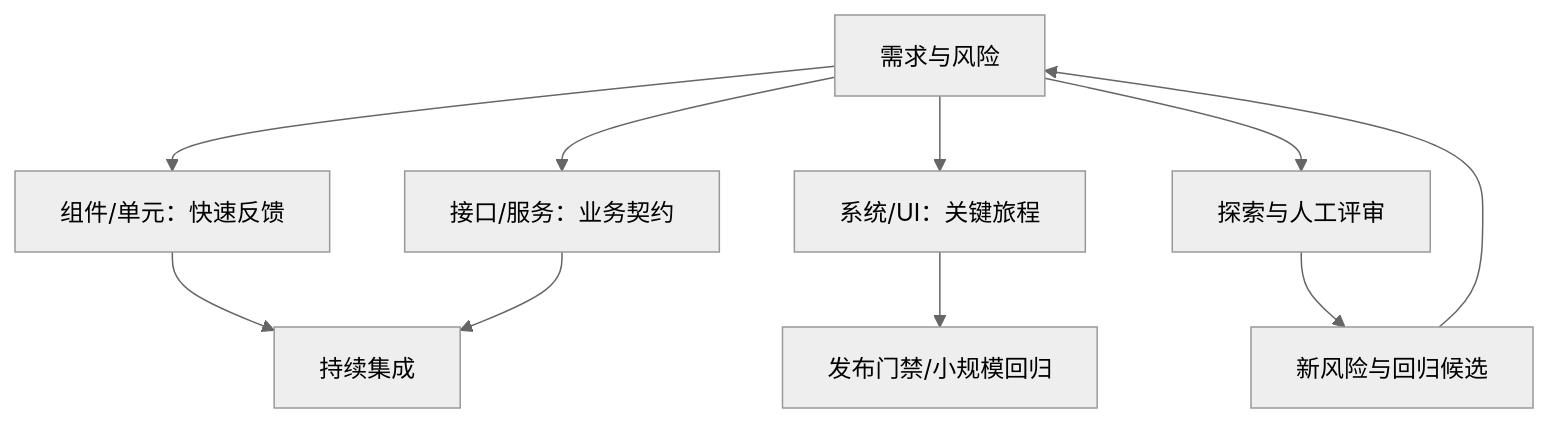
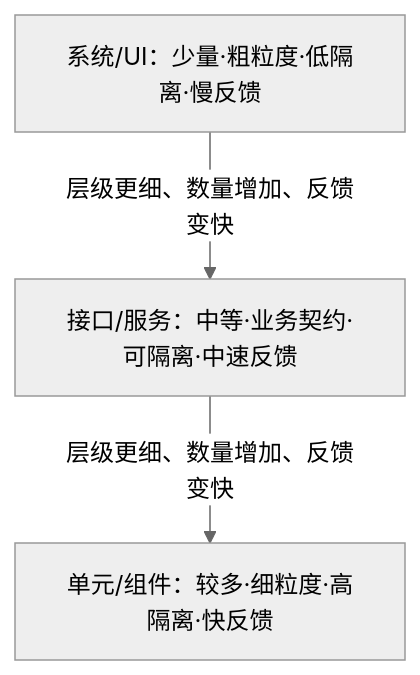
One commit to koco-co/hexo-blog changed the diagram in source/_posts/learn-topic/testing-basics/测试基础(十六)自动化测试策略.md. Above: the diagram before and after it, drawn with Mermaid (neutral theme). The commit also changed other lines of this file and 100 other files, not shown here.

```diff
--- a/source/_posts/learn-topic/testing-basics/测试基础(十六)自动化测试策略.md
+++ b/source/_posts/learn-topic/testing-basics/测试基础(十六)自动化测试策略.md
@@ -40,12 +50,8 @@
 {% mermaid %}
 flowchart TD
-  R[需求与风险] --> U[组件/单元：快速反馈]
-  R --> I[接口/服务：业务契约]
-  R --> S[系统/UI：关键旅程]
-  R --> E[探索与人工评审]
-  U --> C[持续集成]
-  I --> C
-  S --> G[发布门禁/小规模回归]
-  E --> D[新风险与回归候选]
-  D --> R
+  UI[系统/UI：少量·粗粒度·低隔离·慢反馈]
+  API[接口/服务：中等·业务契约·可隔离·中速反馈]
+  U[单元/组件：较多·细粒度·高隔离·快反馈]
+  UI -->|层级更细、数量增加、反馈变快| API
+  API -->|层级更细、数量增加、反馈变快| U
 {% endmermaid %}
```
